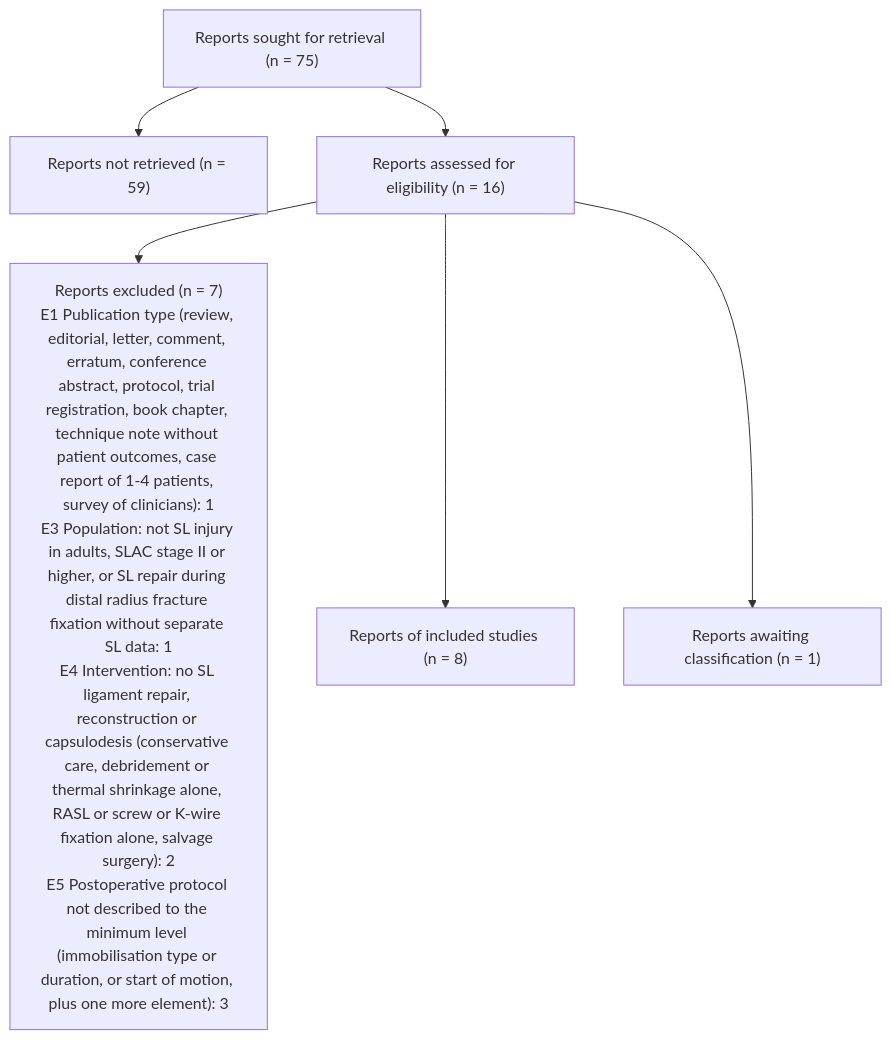
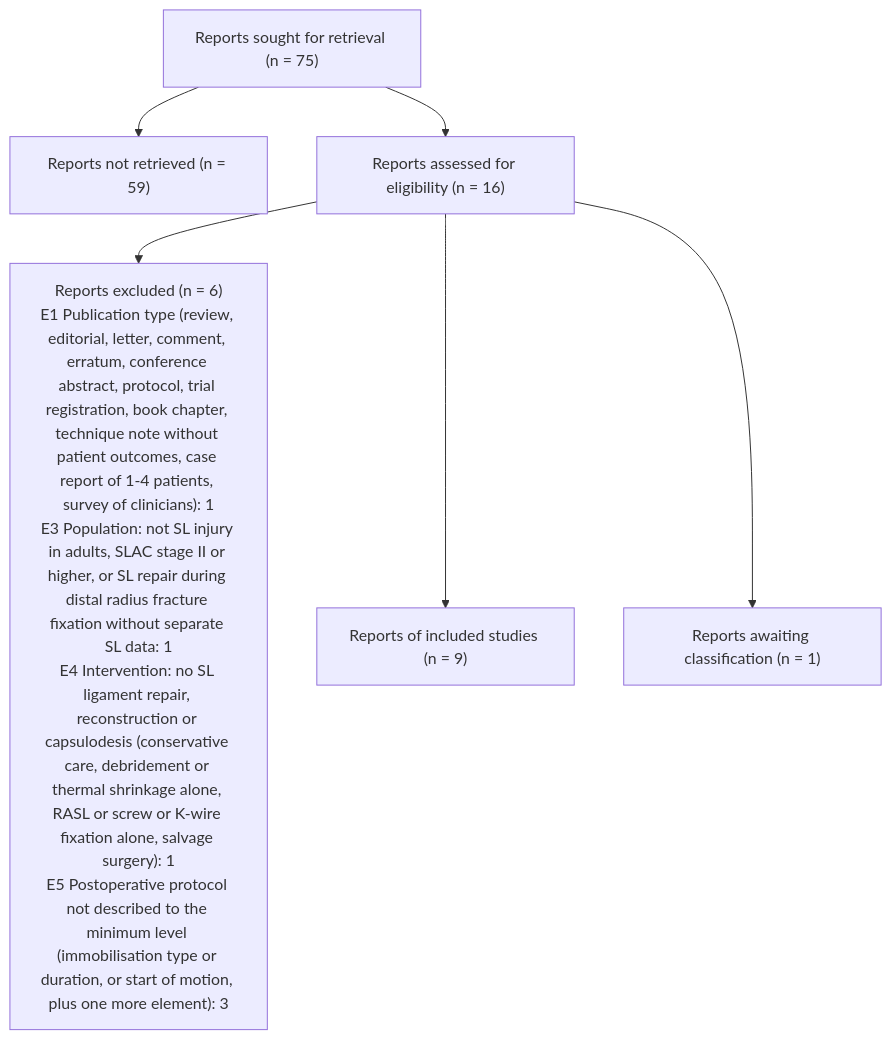
Before and after one commit to hora3008/academic-research-skills: the diagram in tfe-ligamentoplastie-SL/etape1_recherche/phase2/tri/Screening_FT/FT_prisma_counts.md, drawn with Mermaid. The commit also changed other lines of this file and 8 other files, not shown here.

````diff
--- a/tfe-ligamentoplastie-SL/etape1_recherche/phase2/tri/Screening_FT/FT_prisma_counts.md
+++ b/tfe-ligamentoplastie-SL/etape1_recherche/phase2/tri/Screening_FT/FT_prisma_counts.md
@@ -3,14 +3,14 @@
 ```mermaid
 flowchart TD
   F["Reports sought for retrieval (n = 75)"]
   N["Reports not retrieved (n = 59)"]
   E["Reports assessed for eligibility (n = 16)"]
-  X["Reports excluded (n = 7)<br/>E1 Publication type (review, editorial, letter, comment, erratum, conference abstract, protocol, trial registration, book chapter, technique note without patient outcomes, case report of 1-4 patients, survey of clinicians): 1<br/>E3 Population: not SL injury in adults, SLAC stage II or higher, or SL repair during distal radius fracture fixation without separate SL data: 1<br/>E4 Intervention: no SL ligament repair, reconstruction or capsulodesis (conservative care, debridement or thermal shrinkage alone, RASL or screw or K-wire fixation alone, salvage surgery): 2<br/>E5 Postoperative protocol not described to the minimum level (immobilisation type or duration, or start of motion, plus one more element): 3"]
-  C["Reports of included studies (n = 8)"]
+  X["Reports excluded (n = 6)<br/>E1 Publication type (review, editorial, letter, comment, erratum, conference abstract, protocol, trial registration, book chapter, technique note without patient outcomes, case report of 1-4 patients, survey of clinicians): 1<br/>E3 Population: not SL injury in adults, SLAC stage II or higher, or SL repair during distal radius fracture fixation without separate SL data: 1<br/>E4 Intervention: no SL ligament repair, reconstruction or capsulodesis (conservative care, debridement or thermal shrinkage alone, RASL or screw or K-wire fixation alone, salvage surgery): 1<br/>E5 Postoperative protocol not described to the minimum level (immobilisation type or duration, or start of motion, plus one more element): 3"]
+  C["Reports of included studies (n = 9)"]
   U["Reports awaiting classification (n = 1)"]
   F --> N
   F --> E
   E --> X
   E --> C
   E --> U
 ```
````
